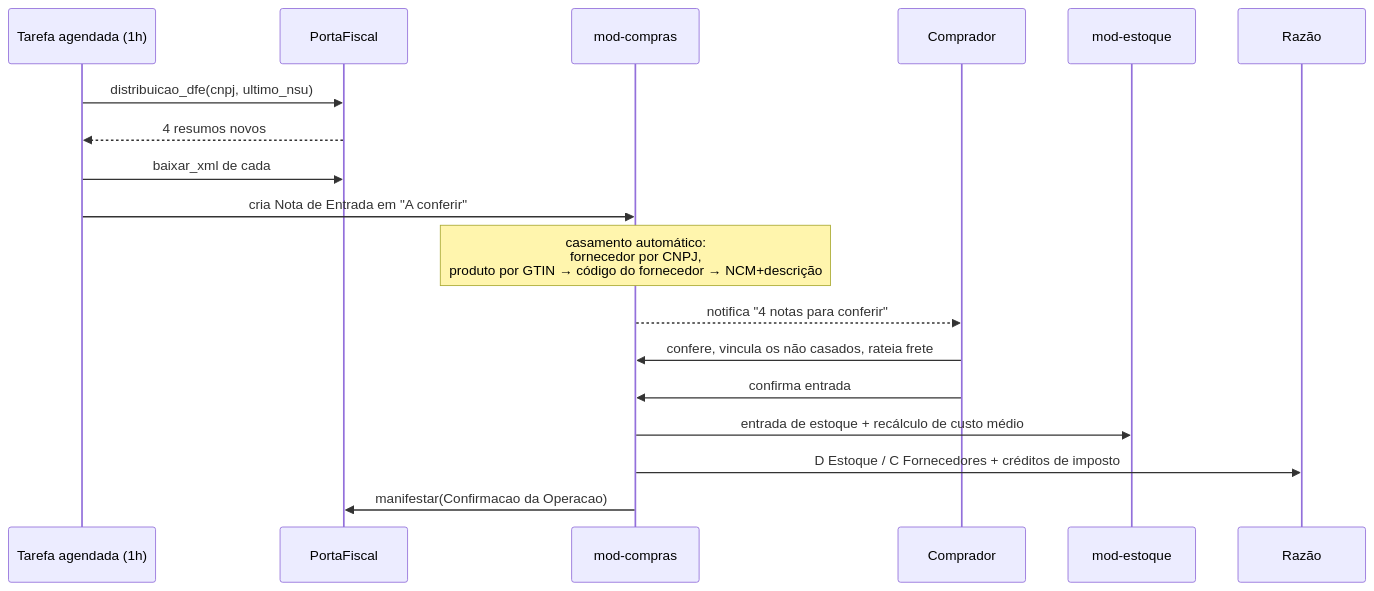
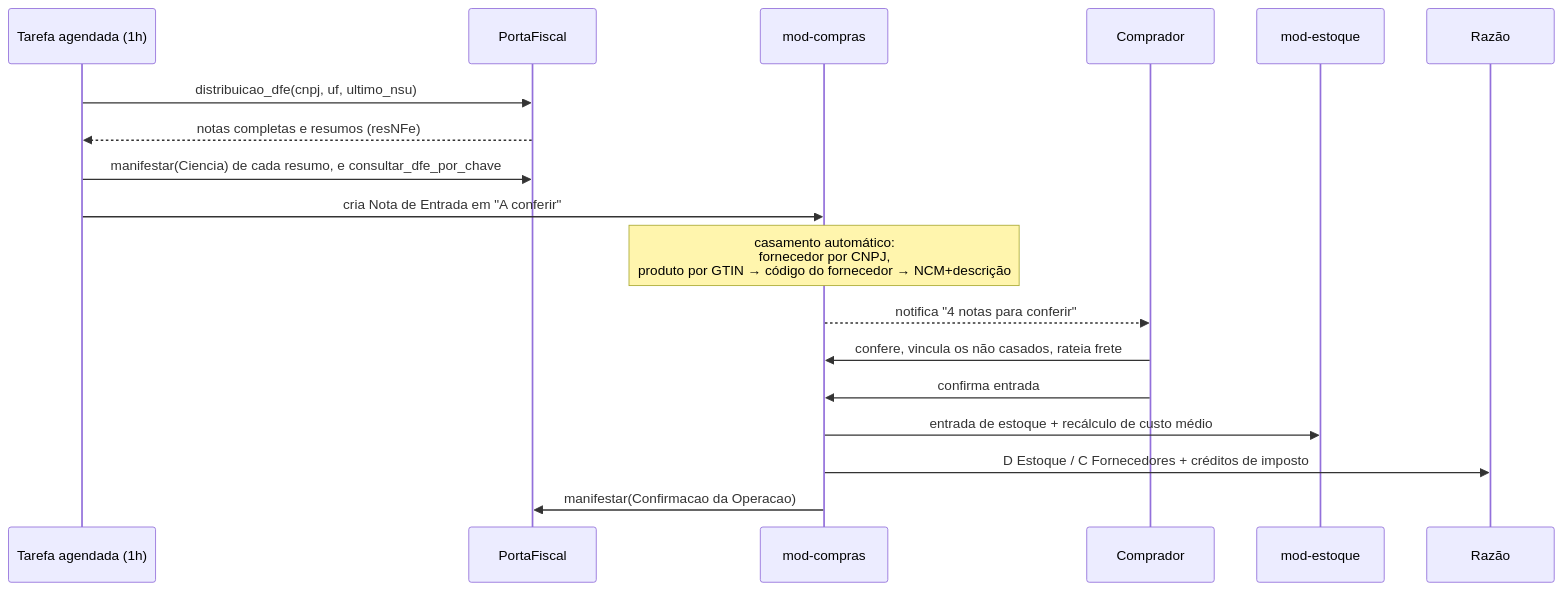
One commit to IgorGewehr/cardeal changed the second of 2 diagrams in docs/10-modulo-fiscal.md. Above: the diagram before and after it, drawn with Mermaid. The commit also changed other lines of this file and 27 other files, not shown here.

First line of the commit message:
feat(compras): notas de compra pela SEFAZ (DFe) com a ciência automática

````diff
--- a/docs/10-modulo-fiscal.md
+++ b/docs/10-modulo-fiscal.md
@@ -107,21 +109,21 @@
 ```mermaid
 sequenceDiagram
     participant J as Tarefa agendada (1h)
     participant F as PortaFiscal
     participant C as mod-compras
     participant U as Comprador
     participant E as mod-estoque
     participant R as Razão
 
-    J->>F: distribuicao_dfe(cnpj, ultimo_nsu)
-    F-->>J: 4 resumos novos
-    J->>F: baixar_xml de cada
+    J->>F: distribuicao_dfe(cnpj, uf, ultimo_nsu)
+    F-->>J: notas completas e resumos (resNFe)
+    J->>F: manifestar(Ciencia) de cada resumo, e consultar_dfe_por_chave
     J->>C: cria Nota de Entrada em "A conferir"
     Note over C: casamento automático:<br/>fornecedor por CNPJ,<br/>produto por GTIN → código do fornecedor → NCM+descrição
     C-->>U: notifica "4 notas para conferir"
     U->>C: confere, vincula os não casados, rateia frete
     U->>C: confirma entrada
     C->>E: entrada de estoque + recálculo de custo médio
     C->>R: D Estoque / C Fornecedores + créditos de imposto
     C->>F: manifestar(Confirmacao da Operacao)
 ```
````
